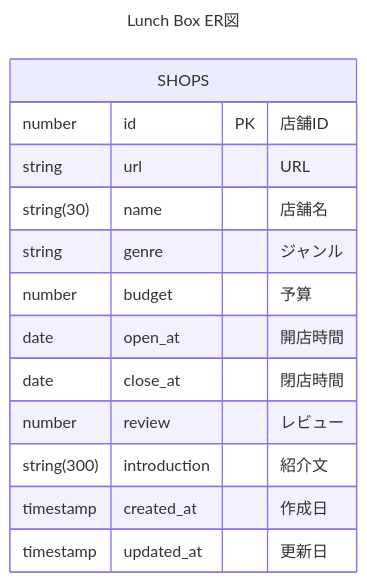
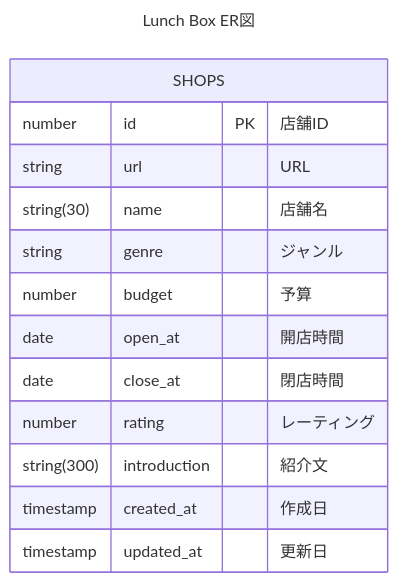
Before and after one commit to trancore/lunch-box: the diagram in README.md, drawn with Mermaid. The commit also changed 2 other files, not shown here.

Commit message:
feature: change review to rating

````diff
--- a/README.md
+++ b/README.md
@@ -21,20 +21,20 @@
 ```mermaid
 ---
 title: Lunch Box ER図
 ---
 
 erDiagram
     SHOPS {
         number id PK "店舗ID"
         string url "URL"
         string(30) name "店舗名"
         string genre "ジャンル"
         number budget  "予算"
         date open_at "開店時間"
         date close_at "閉店時間"
-        number review "レビュー"
+        number rating "レーティング"
         string(300) introduction "紹介文"
         timestamp created_at "作成日"
         timestamp updated_at "更新日"
     }
 ```
````
